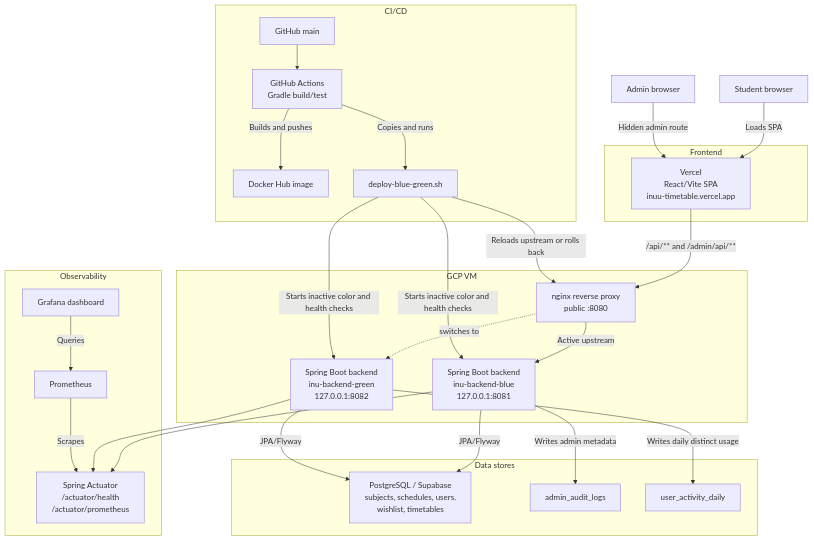
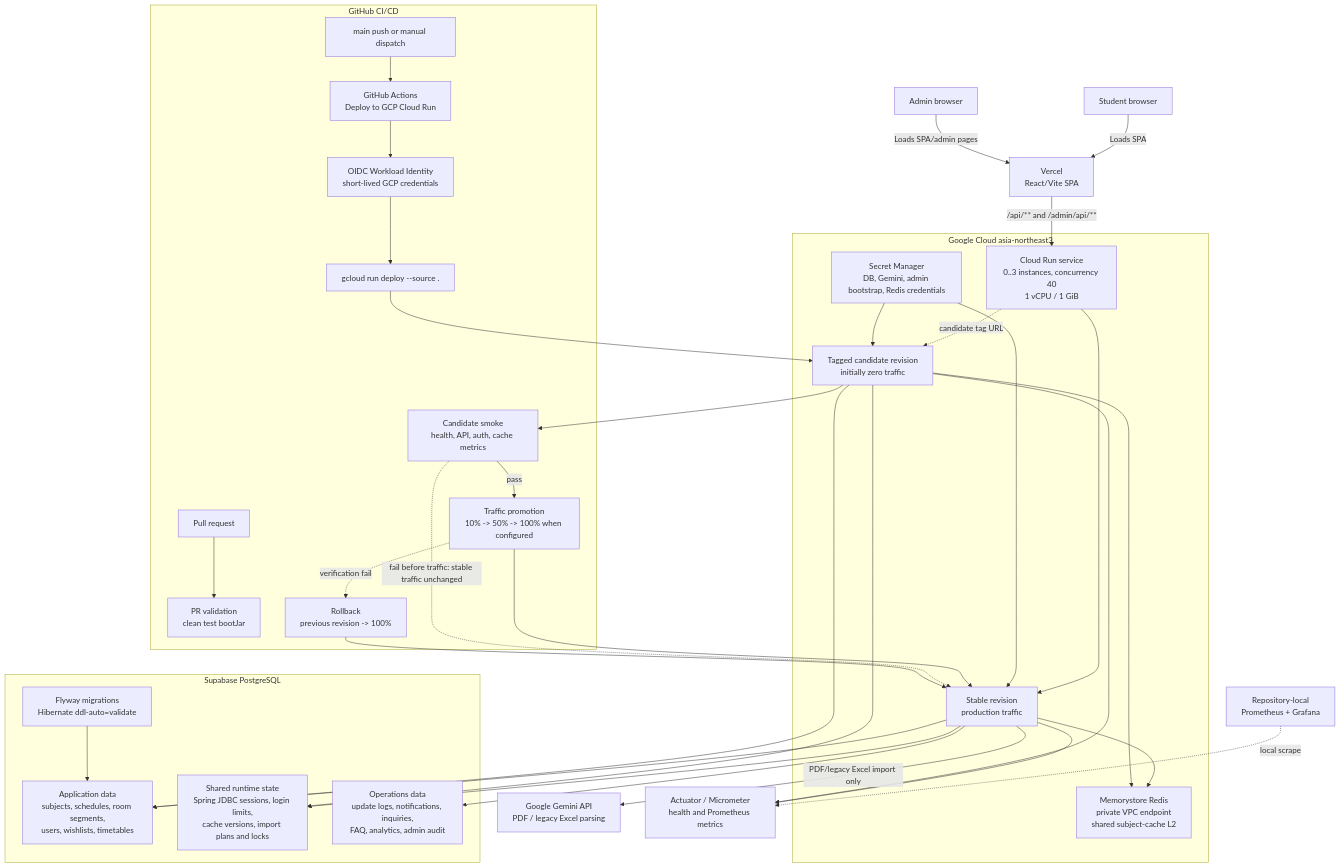
One commit to coldmans/inu_timetable changed the diagram in docs/architecture/deployment-diagram.mmd. Above: the diagram before and after it, drawn with Mermaid. The commit also changed 11 other files, not shown here.

```diff
--- a/docs/architecture/deployment-diagram.mmd
+++ b/docs/architecture/deployment-diagram.mmd
@@ -1,55 +1,69 @@
 flowchart TB
     student["Student browser"]
     admin["Admin browser"]
+    vercel["Vercel\nReact/Vite SPA"]
 
-    subgraph frontend["Frontend"]
-        vercel["Vercel\nReact/Vite SPA\ninuu-timetable.vercel.app"]
+    subgraph cicd["GitHub CI/CD"]
+        pr["Pull request"]
+        prcheck["PR validation\nclean test bootJar"]
+        main["main push or manual dispatch"]
+        actions["GitHub Actions\nDeploy to GCP Cloud Run"]
+        oidc["OIDC Workload Identity\nshort-lived GCP credentials"]
+        source["gcloud run deploy --source ."]
+        smoke["Candidate smoke\nhealth, API, auth, cache metrics"]
+        promote["Traffic promotion\n10% -> 50% -> 100% when configured"]
+        rollback["Rollback\nprevious revision -> 100%"]
     end
 
-    subgraph gcp["GCP VM"]
-        nginx["nginx reverse proxy\npublic :8080"]
-        blue["Spring Boot backend\ninu-backend-blue\n127.0.0.1:8081"]
-        green["Spring Boot backend\ninu-backend-green\n127.0.0.1:8082"]
+    subgraph gcp["Google Cloud asia-northeast3"]
+        cloudrun["Cloud Run service\n0..3 instances, concurrency 40\n1 vCPU / 1 GiB"]
+        stable["Stable revision\nproduction traffic"]
+        candidate["Tagged candidate revision\ninitially zero traffic"]
+        secrets["Secret Manager\nDB, Gemini, admin bootstrap, Redis credentials"]
+        redis["Memorystore Redis\nprivate VPC endpoint\nshared subject-cache L2"]
     end
 
-    subgraph data["Data stores"]
-        postgres["PostgreSQL / Supabase\nsubjects, schedules, users,\nwishlist, timetables"]
-        audit["admin_audit_logs"]
-        activity["user_activity_daily"]
+    subgraph data["Supabase PostgreSQL"]
+        appdata["Application data\nsubjects, schedules, room segments,\nusers, wishlists, timetables"]
+        sharedstate["Shared runtime state\nSpring JDBC sessions, login limits,\ncache versions, import plans and locks"]
+        operations["Operations data\nupdate logs, notifications, inquiries,\nFAQ, analytics, admin audit"]
+        flyway["Flyway migrations\nHibernate ddl-auto=validate"]
     end
 
-    subgraph observability["Observability"]
-        actuator["Spring Actuator\n/actuator/health\n/actuator/prometheus"]
-        prometheus["Prometheus"]
-        grafana["Grafana dashboard"]
-    end
+    gemini["Google Gemini API\nPDF / legacy Excel parsing"]
+    metrics["Actuator / Micrometer\nhealth and Prometheus metrics"]
+    localobs["Repository-local\nPrometheus + Grafana"]
 
-    subgraph cicd["CI/CD"]
-        github["GitHub main"]
-        actions["GitHub Actions\nGradle build/test"]
-        dockerhub["Docker Hub image"]
-        deploy["deploy-blue-green.sh"]
-    end
+    student -->|"Loads SPA"| vercel
+    admin -->|"Loads SPA/admin pages"| vercel
+    vercel -->|"/api/** and /admin/api/**"| cloudrun
+    cloudrun --> stable
+    cloudrun -.->|"candidate tag URL"| candidate
 
-    student -->|Loads SPA| vercel
-    admin -->|Hidden admin route| vercel
-    vercel -->|/api/** and /admin/api/**| nginx
-    nginx -->|Active upstream| blue
-    nginx -. switches to .-> green
+    stable --> appdata
+    stable --> sharedstate
+    stable --> operations
+    stable --> redis
+    stable --> metrics
+    candidate --> appdata
+    candidate --> sharedstate
+    candidate --> redis
+    candidate --> metrics
+    secrets --> stable
+    secrets --> candidate
+    flyway --> appdata
+    stable -->|"PDF/legacy Excel import only"| gemini
 
-    blue -->|JPA/Flyway| postgres
-    green -->|JPA/Flyway| postgres
-    blue -->|Writes admin metadata| audit
-    green -->|Writes daily distinct usage| activity
+    pr --> prcheck
+    main --> actions
+    actions --> oidc
+    oidc --> source
+    source --> candidate
+    candidate --> smoke
+    smoke -->|"pass"| promote
+    promote --> stable
+    smoke -.->|"fail before traffic: stable traffic unchanged"| stable
+    promote -.->|"verification fail"| rollback
+    rollback --> stable
 
-    blue --> actuator
-    green --> actuator
-    prometheus -->|Scrapes| actuator
-    grafana -->|Queries| prometheus
-
-    github --> actions
-    actions -->|Builds and pushes| dockerhub
-    actions -->|Copies and runs| deploy
-    deploy -->|Starts inactive color and health checks| blue
-    deploy -->|Starts inactive color and health checks| green
-    deploy -->|Reloads upstream or rolls back| nginx
+    localobs -.->|"local scrape"| metrics
```
